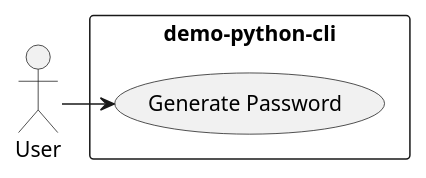
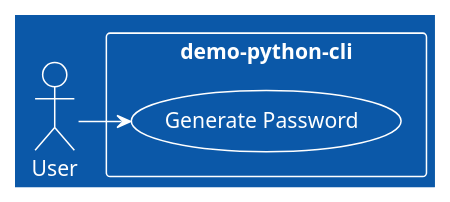
Before and after one commit to djvelimir/demo-python-cli: the diagram in diagrams/UseCase.puml, drawn with PlantUML. The commit also changed 4 other files, not shown here.

```diff
--- a/diagrams/UseCase.puml
+++ b/diagrams/UseCase.puml
@@ -1,9 +1,10 @@
 @startuml UseCase
+!theme amiga
 actor "User" as user
 
 rectangle demo-python-cli {
   usecase "Generate Password" as generatePassword
 }
 
 user -> generatePassword
 @enduml
```
